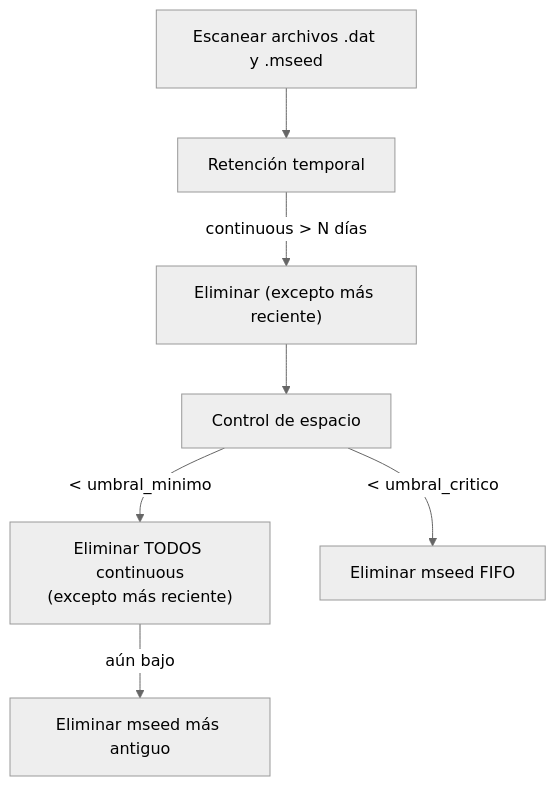
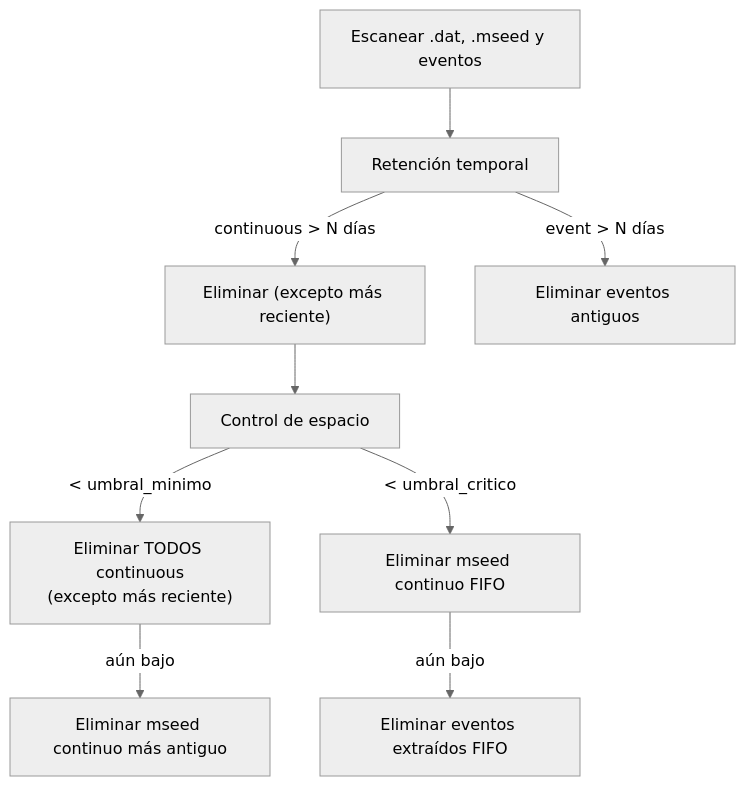
The second of 3 diagrams in docs/context/gestor_archivos_acq_context.md (Red-Sismica-del-Austro/RSA-Acelerografo), drawn with Mermaid (neutral theme) before and after one commit. The commit also changed other lines of this file and 4 other files, not shown here.

````diff
--- a/docs/context/gestor_archivos_acq_context.md
+++ b/docs/context/gestor_archivos_acq_context.md
@@ -47,9 +47,11 @@
 ```mermaid
 graph TD
-    A["Escanear archivos .dat y .mseed"] --> B["Retención temporal"]
+    A["Escanear .dat, .mseed y eventos"] --> B["Retención temporal"]
     B -->|"continuous > N días"| C["Eliminar (excepto más reciente)"]
+    B -->|"event > N días"| C1["Eliminar eventos antiguos"]
     C --> D["Control de espacio"]
     D -->|"< umbral_minimo"| E["Eliminar TODOS continuous<br>(excepto más reciente)"]
-    E -->|"aún bajo"| F["Eliminar mseed más antiguo"]
-    D -->|"< umbral_critico"| G["Eliminar mseed FIFO"]
+    E -->|"aún bajo"| F["Eliminar mseed continuo más antiguo"]
+    D -->|"< umbral_critico"| G["Eliminar mseed continuo FIFO"]
+    G -->|"aún bajo"| H["Eliminar eventos extraídos FIFO"]
 ```
````
